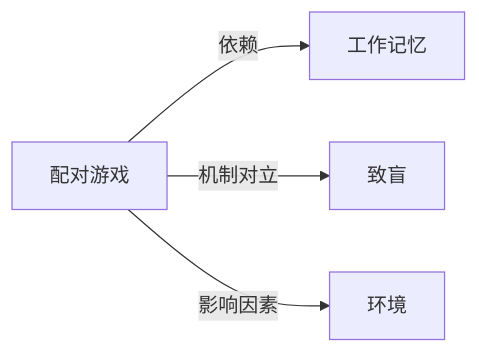
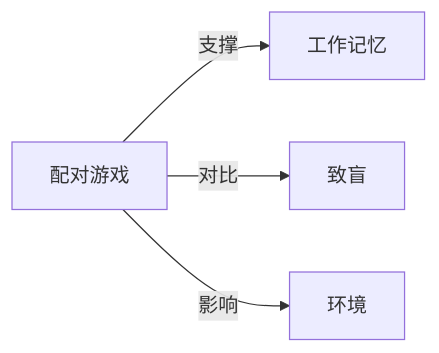
The diagram in Knowledge/Concepts/心理学/配对游戏.md (KIMMCHOW/MyKnowledge), drawn with Mermaid before and after one commit. The commit also changed 95 other files, not shown here.

Commit message:
reorganize: 统一关系图边标签为11类

````diff
--- a/Knowledge/Concepts/心理学/配对游戏.md
+++ b/Knowledge/Concepts/心理学/配对游戏.md
@@ -42,6 +42,6 @@
 ```mermaid
 graph LR
-配对游戏 -->|依赖| 工作记忆
-配对游戏 -->|机制对立| 致盲
-配对游戏 -->|影响因素| 环境
+配对游戏 -->|支撑| 工作记忆
+配对游戏 -->|对比| 致盲
+配对游戏 -->|影响| 环境
 ```
````
